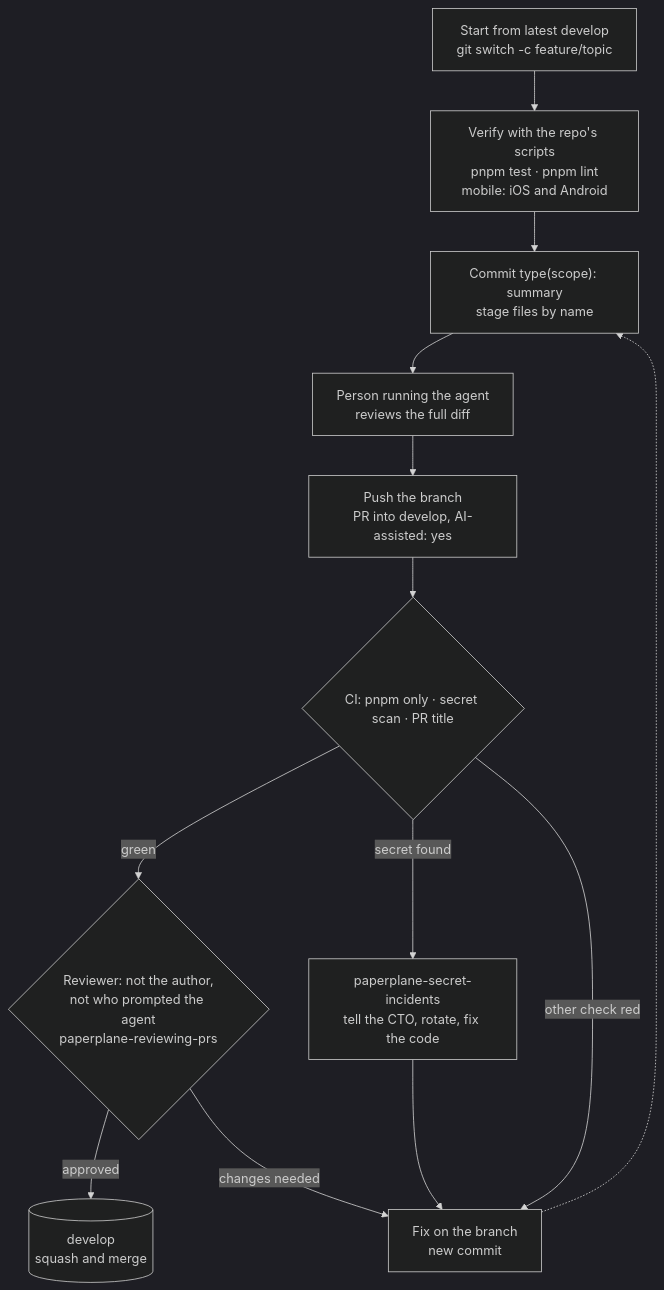
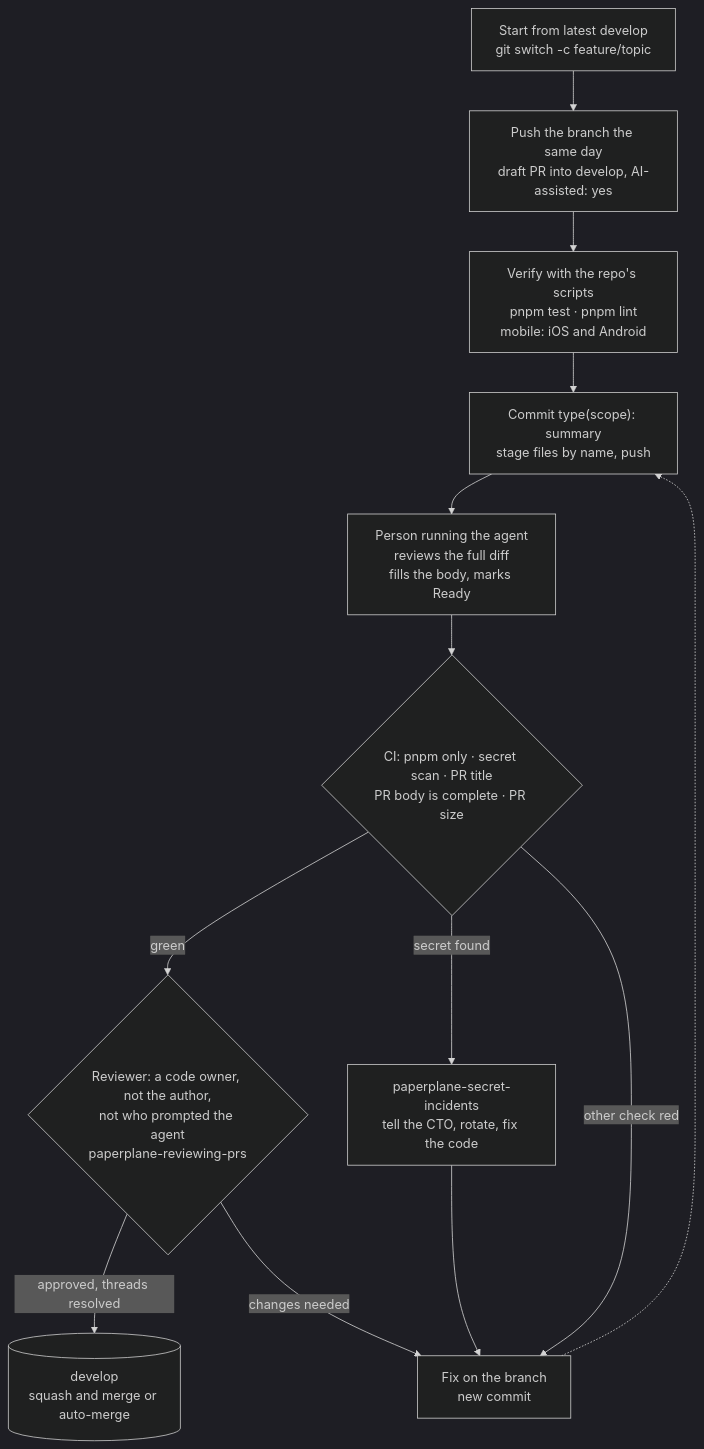
One commit to Jacob-Valor/paperplane-engineering-workflow-skills changed the first of 2 diagrams in README.md. Above: the diagram before and after it, drawn with Mermaid (dark theme). The commit also changed other lines of this file and 5 other files, not shown here.

Commit message:
feat(skills): align with the 2026-10-13 workflow: draft PRs, stacks, auto-merge, ready check

````diff
--- a/README.md
+++ b/README.md
@@ -30,15 +30,15 @@
 ```mermaid
 flowchart TD
-  A["Start from latest develop<br/>git switch -c feature/topic"] --> B["Verify with the repo's scripts<br/>pnpm test · pnpm lint<br/>mobile: iOS and Android"]
-  B --> C["Commit type(scope): summary<br/>stage files by name"]
-  C --> E["Person running the agent<br/>reviews the full diff"]
-  E --> F["Push the branch<br/>PR into develop, AI-assisted: yes"]
-  F --> G{"CI: pnpm only · secret scan · PR title"}
-  G -->|"green"| R{"Reviewer: not the author,<br/>not who prompted the agent<br/>paperplane-reviewing-prs"}
-  R -->|"approved"| D[("develop<br/>squash and merge")]
+  A["Start from latest develop<br/>git switch -c feature/topic"] --> F["Push the branch the same day<br/>draft PR into develop, AI-assisted: yes"]
+  F --> B["Verify with the repo's scripts<br/>pnpm test · pnpm lint<br/>mobile: iOS and Android"]
+  B --> C["Commit type(scope): summary<br/>stage files by name, push"]
+  C --> E["Person running the agent<br/>reviews the full diff<br/>fills the body, marks Ready"]
+  E --> G{"CI: pnpm only · secret scan · PR title<br/>PR body is complete · PR size"}
+  G -->|"green"| R{"Reviewer: a code owner, not the author,<br/>not who prompted the agent<br/>paperplane-reviewing-prs"}
+  R -->|"approved, threads resolved"| D[("develop<br/>squash and merge or auto-merge")]
   G -->|"secret found"| S["paperplane-secret-incidents<br/>tell the CTO, rotate, fix the code"]
   G -->|"other check red"| X["Fix on the branch<br/>new commit"]
   R -->|"changes needed"| X
   S --> X
   X -.-> C
 ```
````
